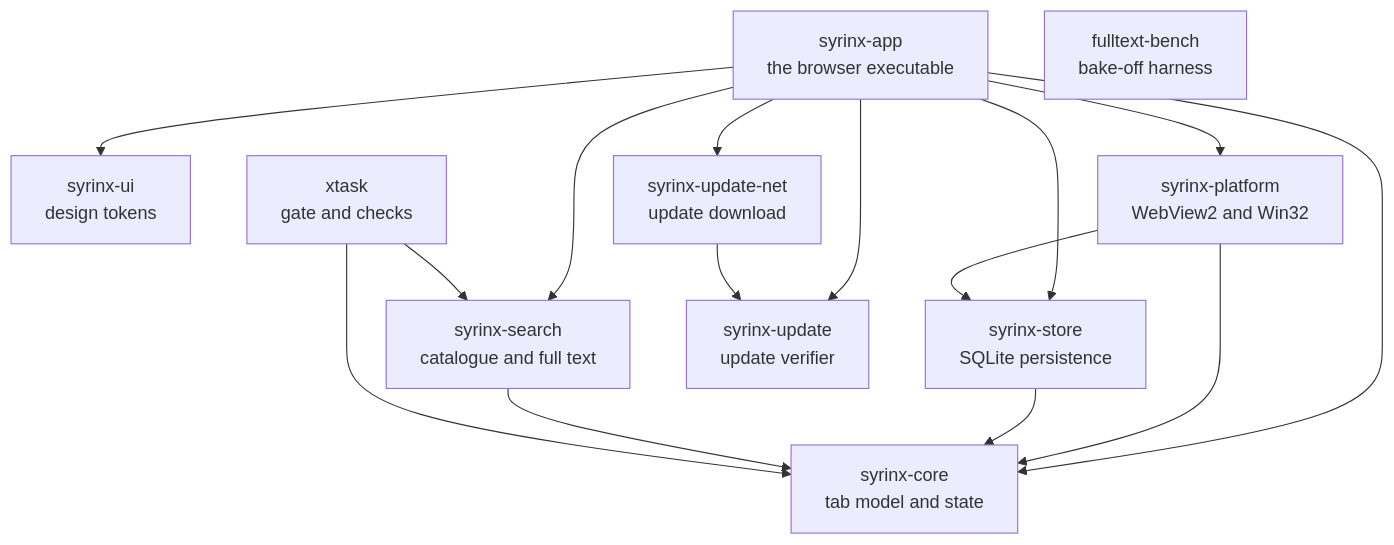
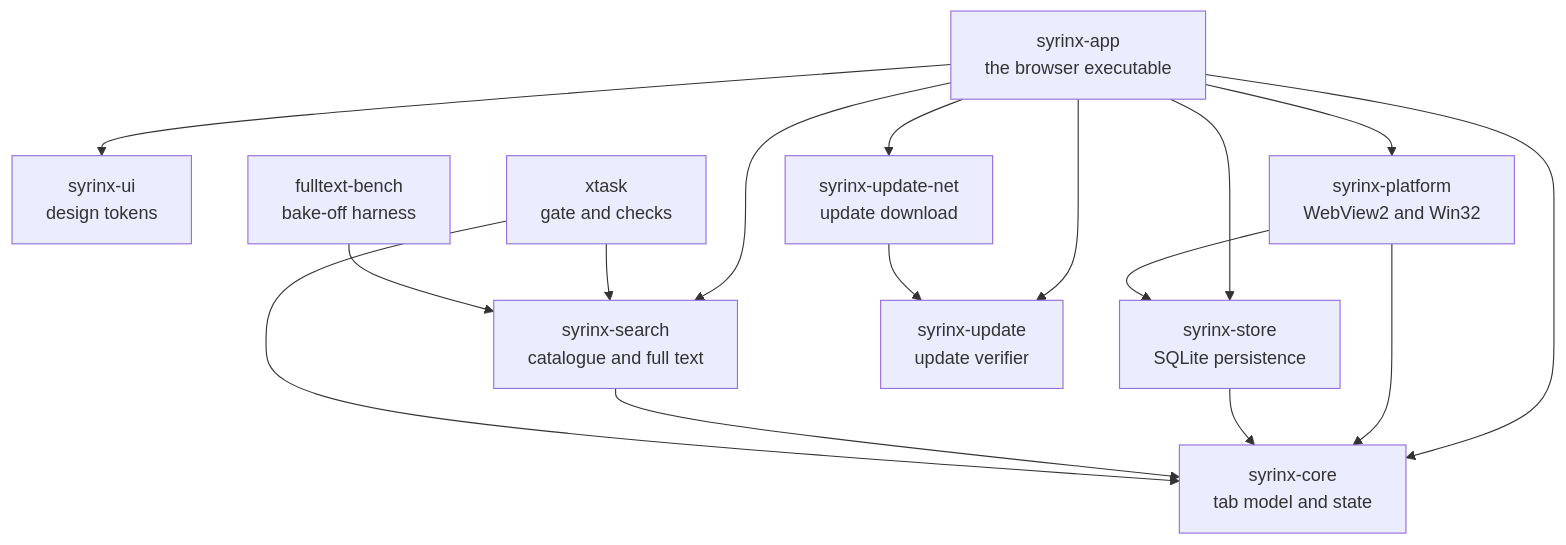
The diagram in docs/architecture.md (Fledge-Software/Syrinx-app), drawn with Mermaid before and after one commit. The commit also changed other lines of this file and 8 other files, not shown here.

````diff
--- a/docs/architecture.md
+++ b/docs/architecture.md
@@ -75,28 +75,29 @@
 ```mermaid
 graph TD
     app[syrinx-app<br/>the browser executable]
     core[syrinx-core<br/>tab model and state]
     store[syrinx-store<br/>SQLite persistence]
     search[syrinx-search<br/>catalogue and full text]
     ui[syrinx-ui<br/>design tokens]
     platform[syrinx-platform<br/>WebView2 and Win32]
     update[syrinx-update<br/>update verifier]
     updatenet[syrinx-update-net<br/>update download]
     xtask[xtask<br/>gate and checks]
     bench[fulltext-bench<br/>bake-off harness]
 
     app --> core
     app --> store
     app --> search
     app --> ui
     app --> platform
     app --> update
     app --> updatenet
     platform --> core
     platform --> store
     store --> core
     search --> core
     updatenet --> update
     xtask --> core
     xtask --> search
+    bench --> search
 ```
````
